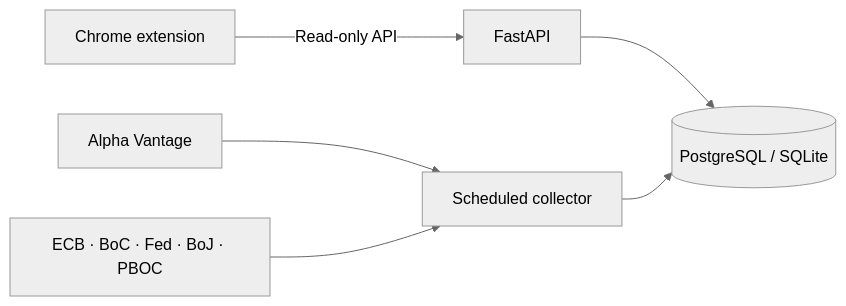
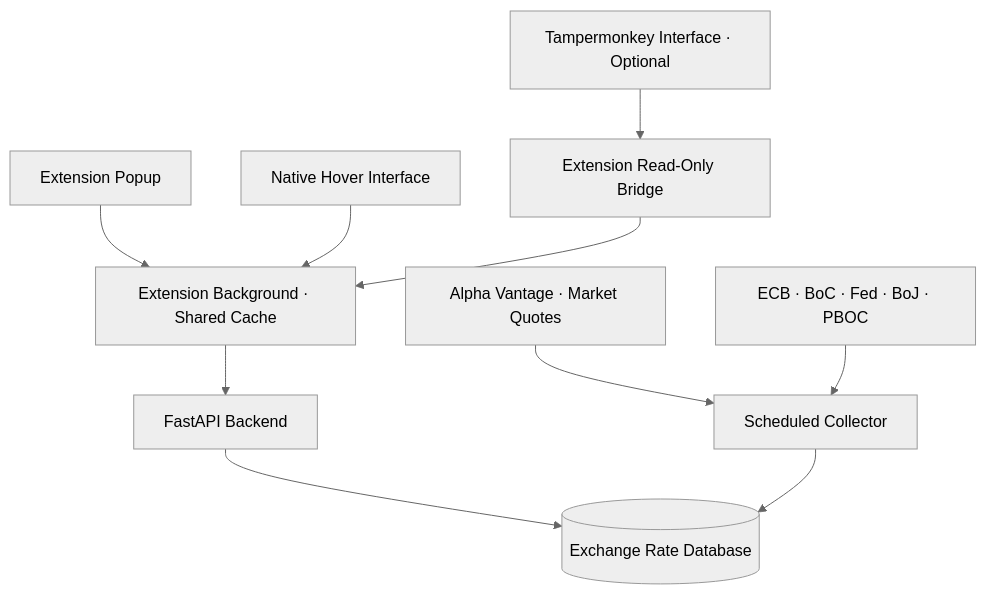
One commit to shianjeng/FX-Pulses changed the diagram in README.md. Above: the diagram before and after it, drawn with Mermaid (neutral theme).

Commit message:
更新 README.md

````diff
--- a/README.md
+++ b/README.md
@@ -80,8 +80,12 @@
 ```mermaid
-flowchart LR
-    Browser["Chrome extension"] -->|Read-only API| API["FastAPI"]
-    API --> DB[("PostgreSQL / SQLite")]
-    Alpha["Alpha Vantage"] --> Collector["Scheduled collector"]
+flowchart TD
+    Popup["Extension Popup"] --> Worker["Extension Background · Shared Cache"]
+    Hover["Native Hover Interface"] --> Worker
+    Script["Tampermonkey Interface · Optional"] --> Bridge["Extension Read-Only Bridge"]
+    Bridge --> Worker
+    Worker --> API["FastAPI Backend"]
+    API --> DB[("Exchange Rate Database")]
+    Alpha["Alpha Vantage · Market Quotes"] --> Collector["Scheduled Collector"]
     Banks["ECB · BoC · Fed · BoJ · PBOC"] --> Collector
     Collector --> DB
 ```
````
